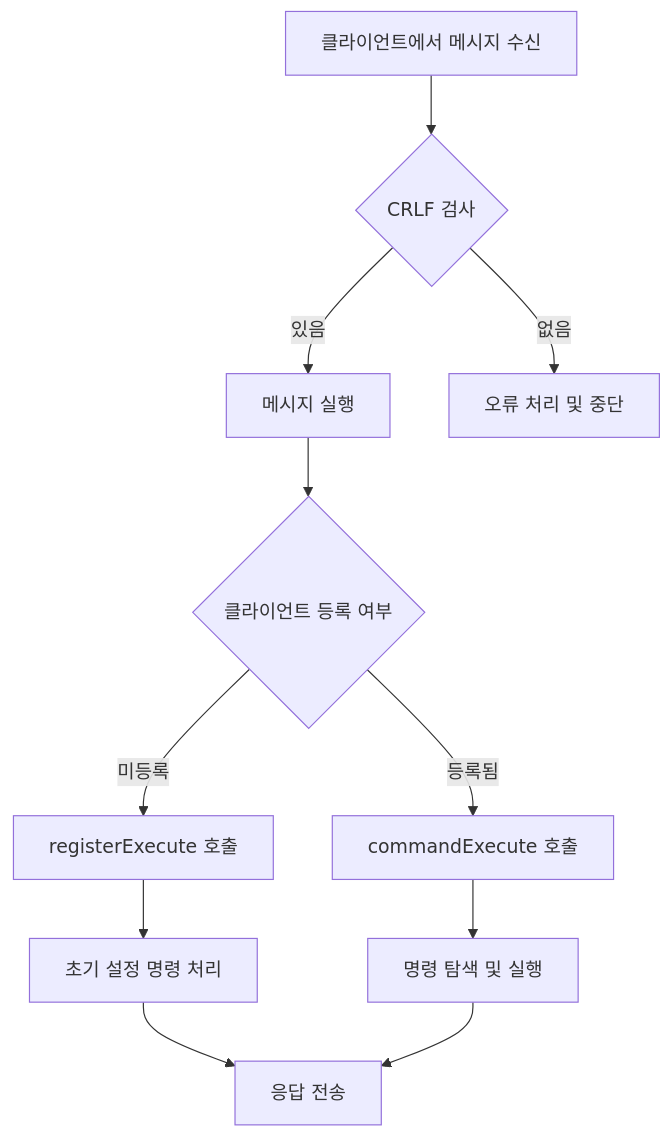
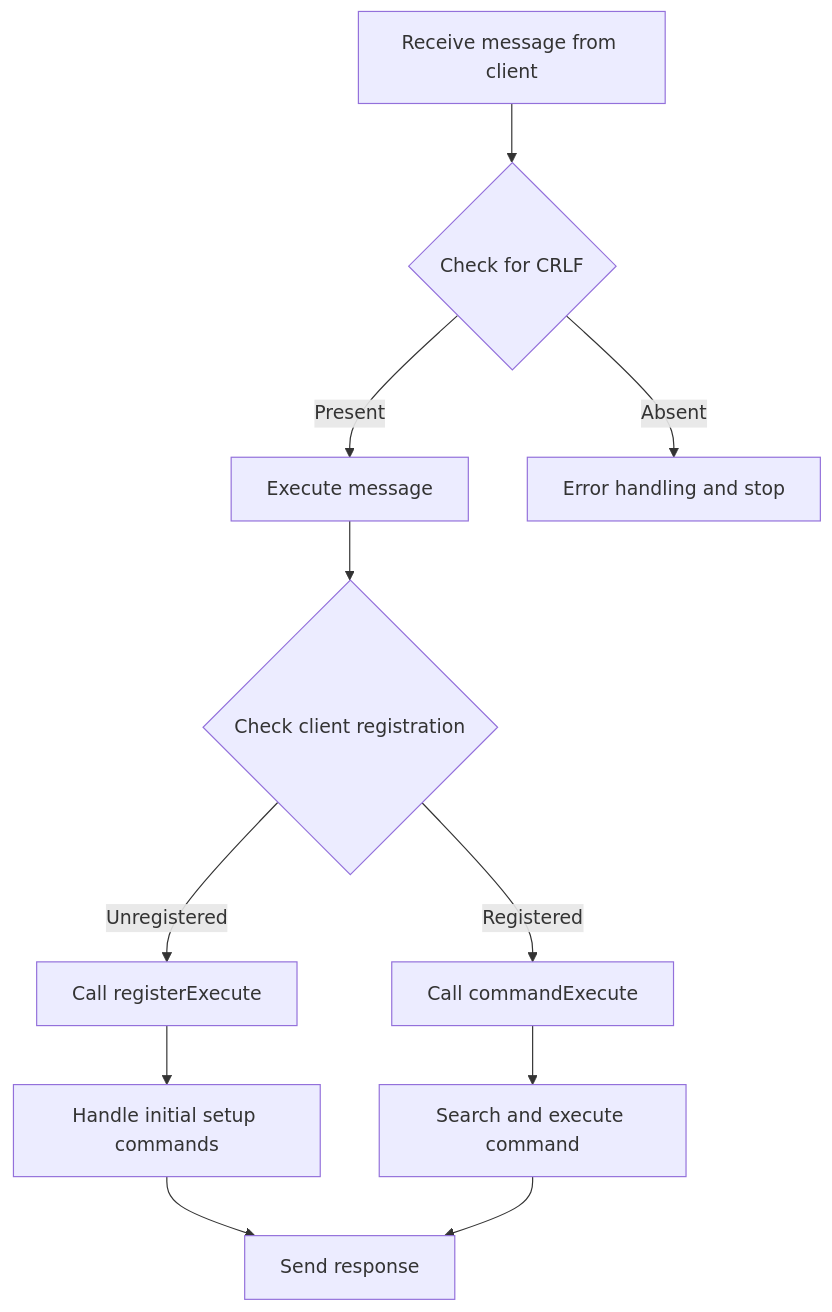
Before and after one commit to ByteTalkers/FT_IRC: the third of 3 diagrams in README.md, drawn with Mermaid. The commit also changed other lines of this file, not shown here.

````diff
--- a/README.md
+++ b/README.md
@@ -125,13 +131,13 @@
 ```mermaid
 flowchart TD
-    A[클라이언트에서 메시지 수신] --> B{CRLF 검사}
-    B -->|있음| C[메시지 실행]
-    B -->|없음| D[오류 처리 및 중단]
-    C --> E{클라이언트 등록 여부}
-    E -->|미등록| F[registerExecute 호출]
-    E -->|등록됨| G[commandExecute 호출]
-    F --> H[초기 설정 명령 처리]
-    G --> I[명령 탐색 및 실행]
-    H --> J[응답 전송]
+    A[Receive message from client] --> B{Check for CRLF}
+    B -->|Present| C[Execute message]
+    B -->|Absent| D[Error handling and stop]
+    C --> E{Check client registration}
+    E -->|Unregistered| F[Call registerExecute]
+    E -->|Registered| G[Call commandExecute]
+    F --> H[Handle initial setup commands]
+    G --> I[Search and execute command]
+    H --> J[Send response]
     I --> J
 ```
````
